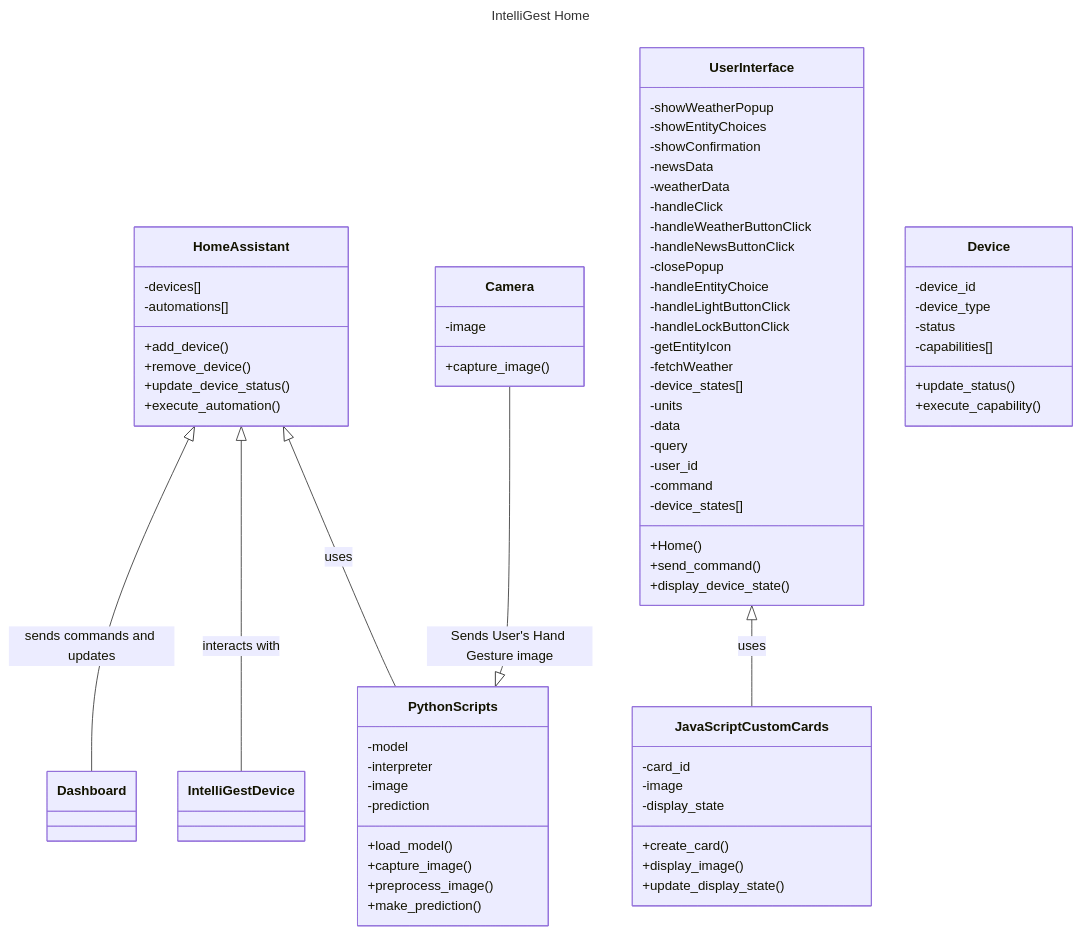
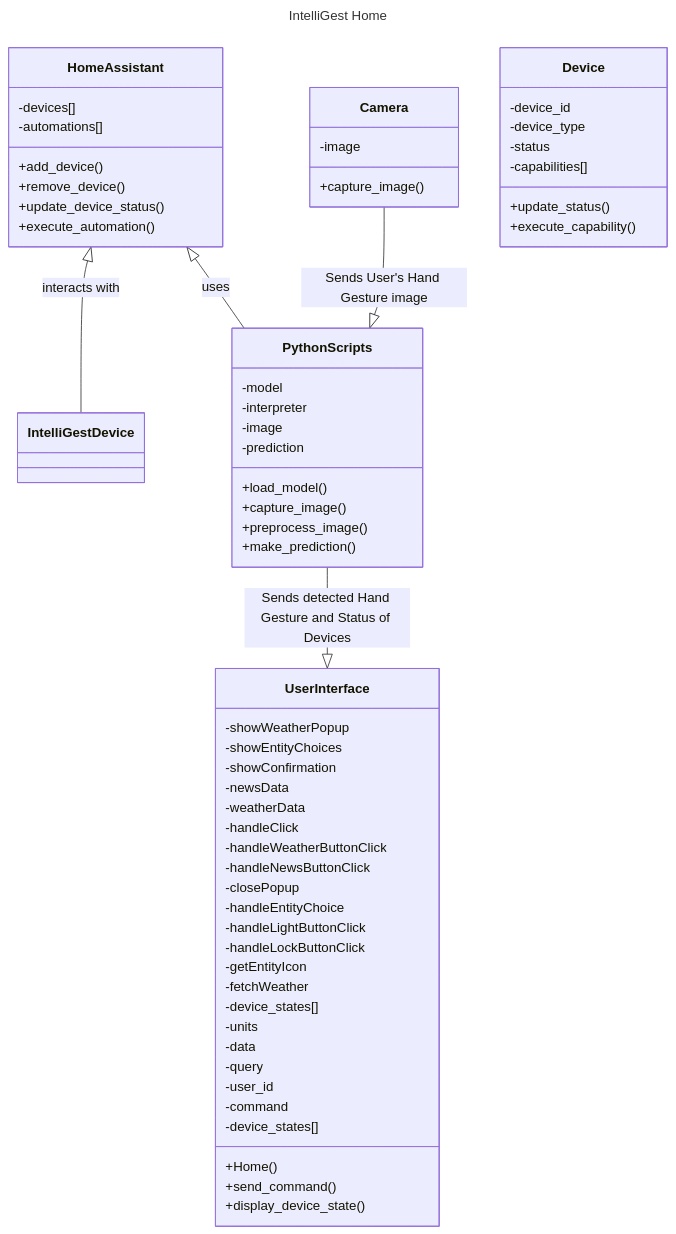
One commit to Capstone-Projects-2024-Spring/project-intelligest-smart-home changed the diagram in documentation/docs/system-architecture/class-diagram.md. Above: the diagram before and after it, drawn with Mermaid. The commit also changed other lines of this file, not shown here.

Commit message:
updated UI descrption and remove JS Custom cards

````diff
--- a/documentation/docs/system-architecture/class-diagram.md
+++ b/documentation/docs/system-architecture/class-diagram.md
@@ -35,76 +42,67 @@
 ```mermaid
 ---
 title: IntelliGest Home
 ---
 
 classDiagram
-    HomeAssistant <|-- Dashboard : sends commands and updates
     HomeAssistant <|-- IntelliGestDevice : interacts with
     HomeAssistant <|-- PythonScripts : uses
-    UserInterface <|-- JavaScriptCustomCards : uses
     Camera --|> PythonScripts : Sends User's Hand Gesture image
+    PythonScripts --|> UserInterface : Sends detected Hand Gesture and Status of Devices 
     class HomeAssistant {
         -devices[]
         -automations[]
         +add_device()
         +remove_device()
         +update_device_status()
         +execute_automation()
     }
     class UserInterface {
         -showWeatherPopup
         -showEntityChoices
         -showConfirmation
         -newsData
         -weatherData
         -handleClick
         -handleWeatherButtonClick
         -handleNewsButtonClick
         -closePopup
         -handleEntityChoice
         -handleLightButtonClick
         -handleLockButtonClick
         -getEntityIcon
         -fetchWeather
         -device_states[]
         -units
         -data
         -query
         -user_id
         -command
         -device_states[]
         +Home()
         +send_command()
         +display_device_state()
     }
     class Device {
         -device_id
         -device_type
         -status
         -capabilities[]
         +update_status()
         +execute_capability()
     }
     class PythonScripts {
         -model
         -interpreter
         -image
         -prediction
         +load_model()
         +capture_image()
         +preprocess_image()
         +make_prediction()
     }
-    class JavaScriptCustomCards {
-        -card_id
-        -image
-        -display_state
-        +create_card()
-        +display_image()
-        +update_display_state()
-    }
     class Camera {
         -image
         +capture_image()
     }
 ```
````
